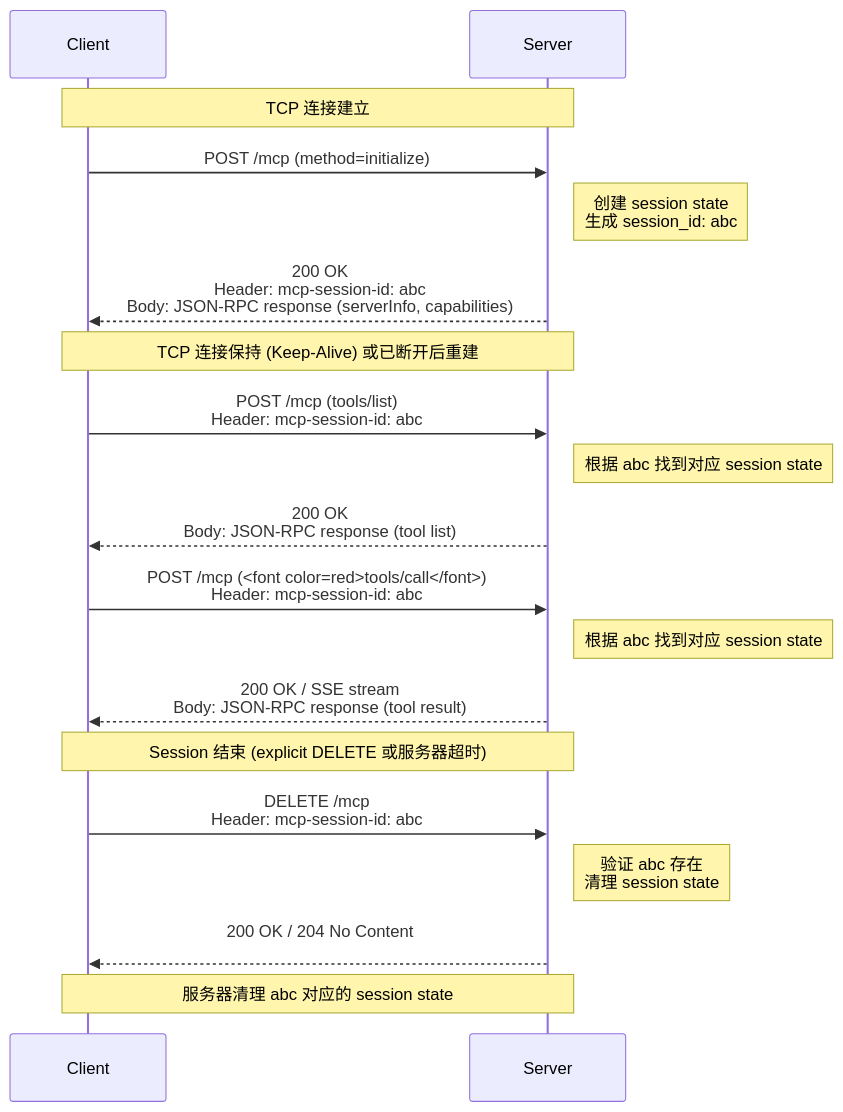
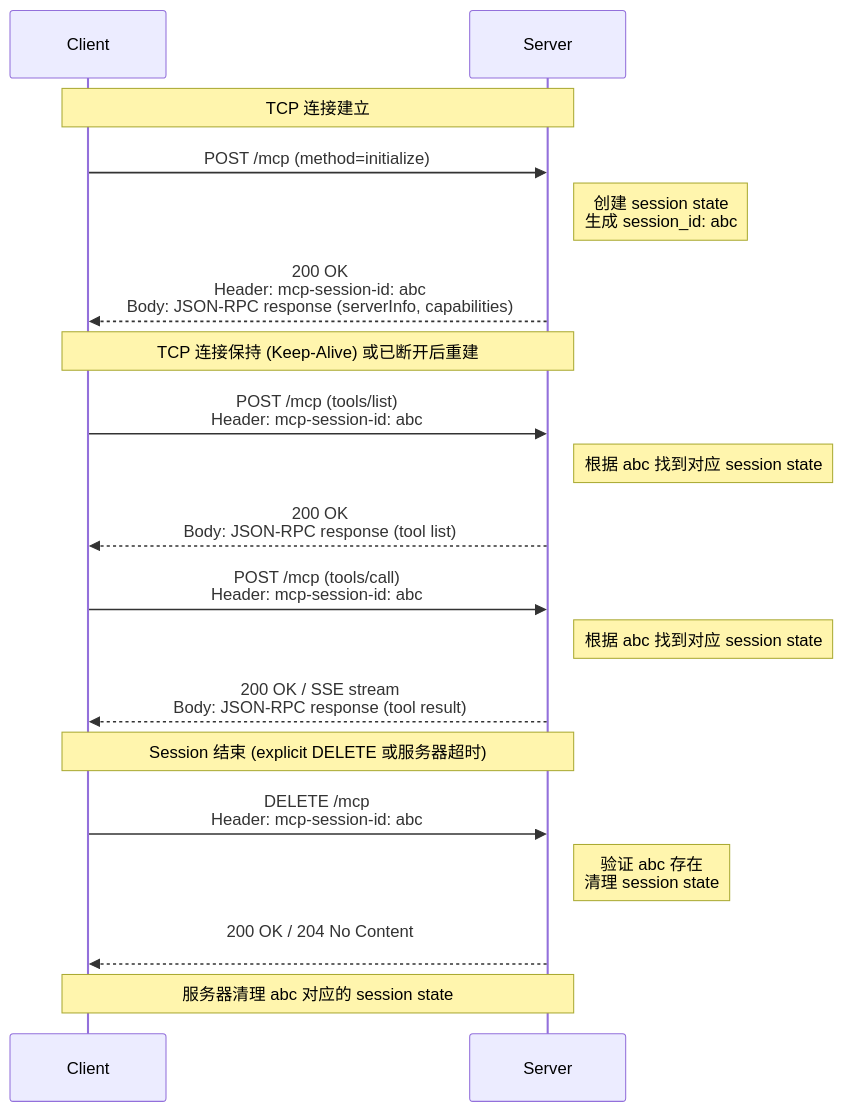
The third of 6 diagrams in content/docs/ai-agent-intro/2-agent.md (techunder/posts), drawn with Mermaid before and after one commit.

````diff
--- a/content/docs/ai-agent-intro/2-agent.md
+++ b/content/docs/ai-agent-intro/2-agent.md
@@ -573,33 +573,33 @@
 ```mermaid
 sequenceDiagram
     participant C as Client
     participant S as Server
 
     Note over C,S: TCP 连接建立
 
     C->>S: POST /mcp (method=initialize)
     Note right of S: 创建 session state<br/>生成 session_id: abc
 
     S-->>C: 200 OK<br/>Header: mcp-session-id: abc<br/>Body: JSON-RPC response (serverInfo, capabilities)
 
     Note over C,S: TCP 连接保持 (Keep-Alive) 或已断开后重建
 
     C->>S: POST /mcp (tools/list)<br/>Header: mcp-session-id: abc
     Note right of S: 根据 abc 找到对应 session state
 
     S-->>C: 200 OK<br/>Body: JSON-RPC response (tool list)
 
-    C->>S: POST /mcp (<font color=red>tools/call</font>)<br/>Header: mcp-session-id: abc
+    C->>S: POST /mcp (tools/call)<br/>Header: mcp-session-id: abc
     Note right of S: 根据 abc 找到对应 session state
 
     S-->>C: 200 OK / SSE stream<br/>Body: JSON-RPC response (tool result)
 
     Note over C,S: Session 结束 (explicit DELETE 或服务器超时)
 
     C->>S: DELETE /mcp<br/>Header: mcp-session-id: abc
     Note right of S: 验证 abc 存在<br/>清理 session state
 
     S-->>C: 200 OK / 204 No Content<br/>
 
     Note over C,S: 服务器清理 abc 对应的 session state
 ```
````
